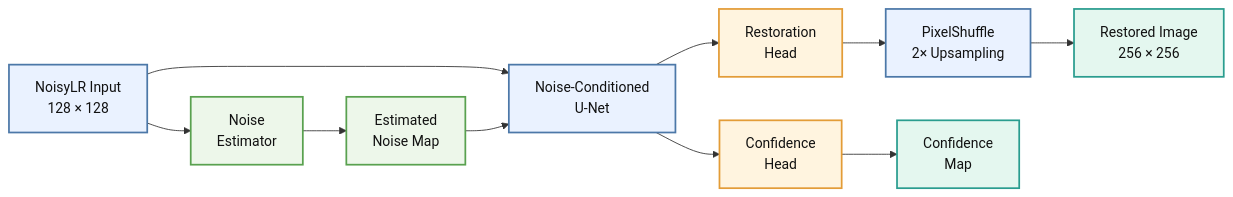
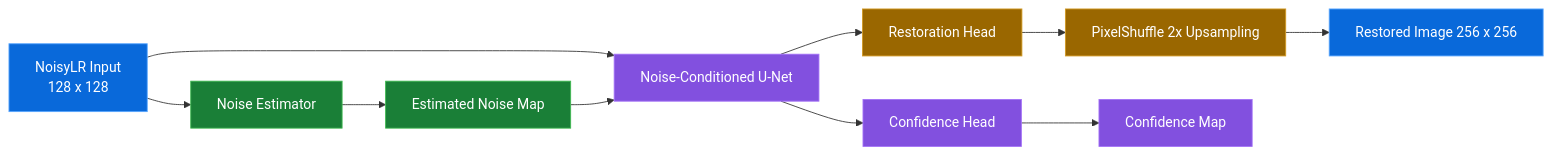
One commit to Aaarshiya12/Arshiya_KLA_PS01 changed the diagram in README.md. Above: the diagram before and after it, drawn with Mermaid.

````diff
--- a/README.md
+++ b/README.md
@@ -34,29 +34,25 @@
 ```mermaid
 flowchart LR
-
-    A["NoisyLR Input<br/>128 × 128"] --> B["Noise<br/>Estimator"]
-    B --> C["Estimated<br/>Noise Map"]
-
-    A --> D["Noise-Conditioned<br/>U-Net"]
+    A["NoisyLR Input<br/>128 x 128"] --> B["Noise Estimator"]
+    B --> C["Estimated Noise Map"]
+    A --> D["Noise-Conditioned U-Net"]
     C --> D
 
-    D --> E["Restoration<br/>Head"]
-    D --> F["Confidence<br/>Head"]
+    D --> E["Restoration Head"]
+    D --> F["Confidence Head"]
 
-    E --> G["PixelShuffle<br/>2× Upsampling"]
-    G --> H["Restored Image<br/>256 × 256"]
+    E --> G["PixelShuffle 2x Upsampling"]
+    G --> H["Restored Image 256 x 256"]
 
-    F --> I["Confidence<br/>Map"]
+    F --> I["Confidence Map"]
 
-    classDef input fill:#eaf2ff,stroke:#4c78a8,stroke-width:2px,color:#111;
-    classDef noise fill:#edf7ea,stroke:#59a14f,stroke-width:2px,color:#111;
-    classDef network fill:#eaf2ff,stroke:#4c78a8,stroke-width:2px,color:#111;
-    classDef head fill:#fff4df,stroke:#e39c37,stroke-width:2px,color:#111;
-    classDef output fill:#e4f7ef,stroke:#2a9d8f,stroke-width:2px,color:#111;
+    classDef blue fill:#0969da,stroke:#58a6ff,color:#ffffff
+    classDef green fill:#1a7f37,stroke:#3fb950,color:#ffffff
+    classDef purple fill:#8250df,stroke:#a371f7,color:#ffffff
+    classDef orange fill:#9a6700,stroke:#d29922,color:#ffffff
 
-    class A input;
-    class B,C noise;
-    class D,G network;
-    class E,F head;
-    class H,I output;
+    class A,H blue
+    class B,C green
+    class D,F,I purple
+    class E,G orange
 ```
````
